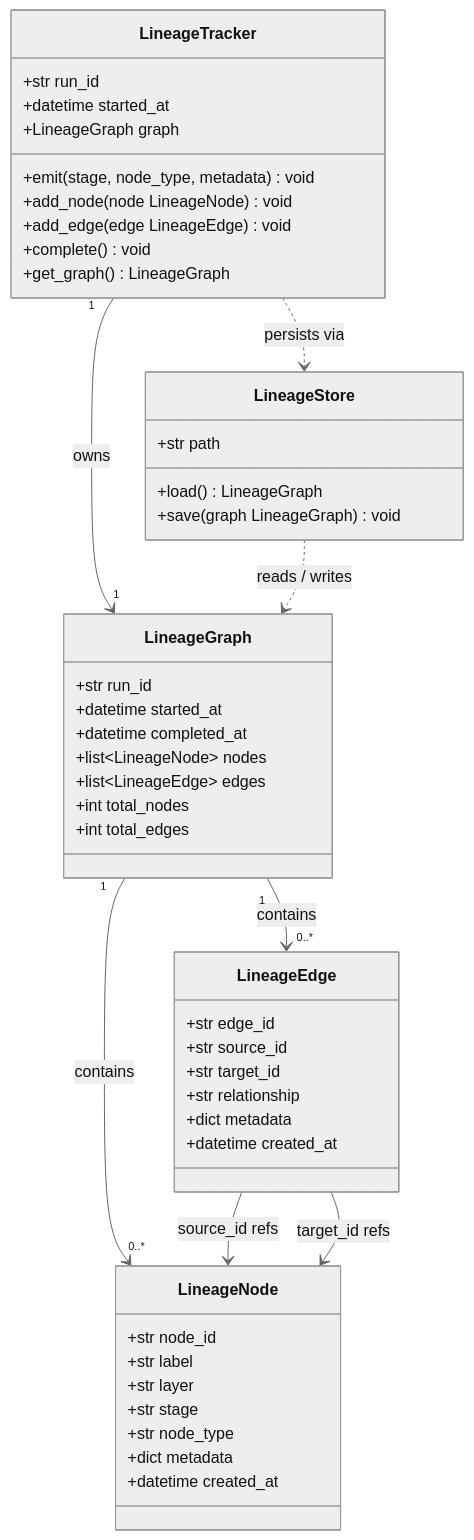
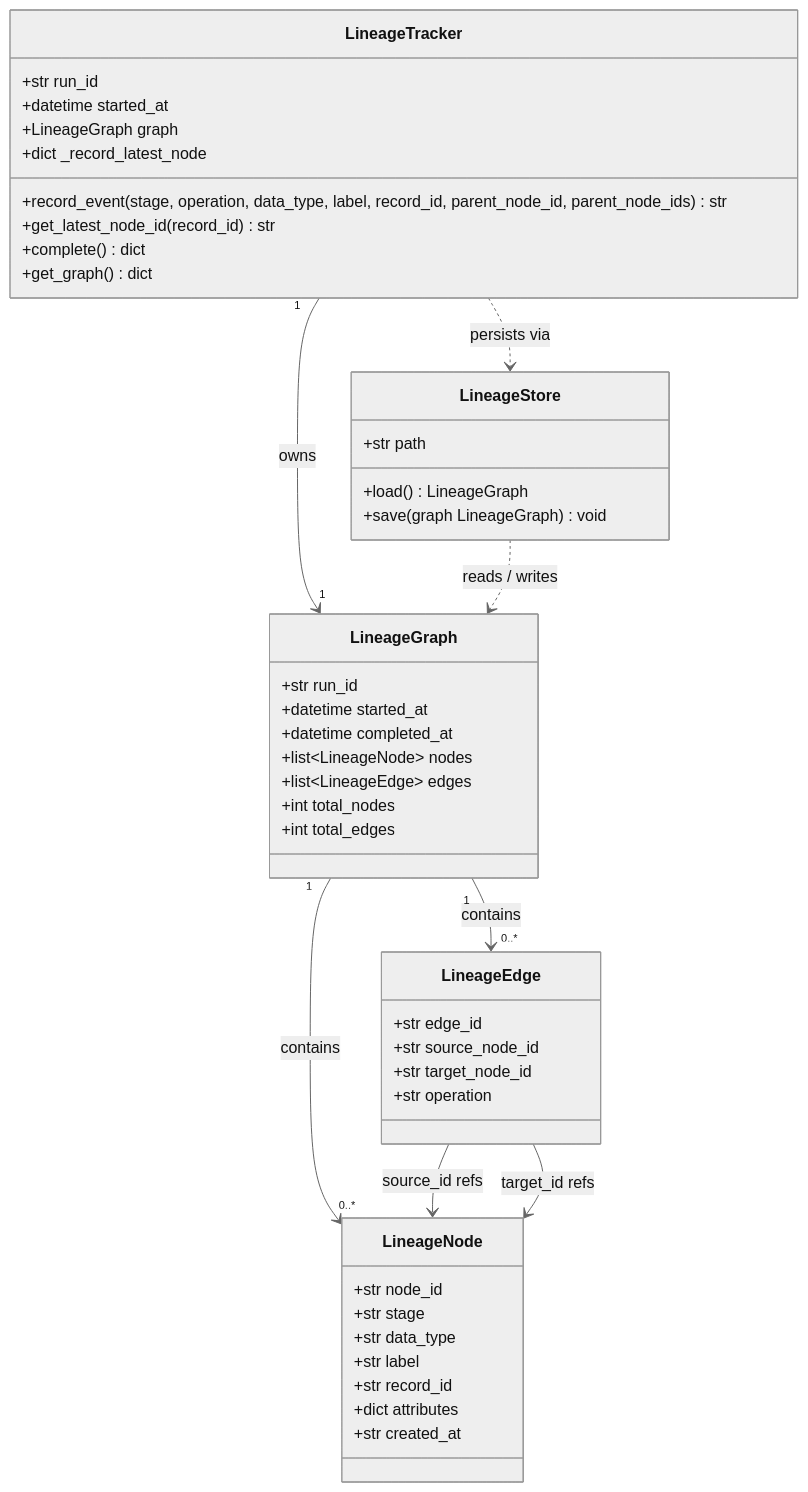
The fourth of 5 diagrams in docs/architecture_design.md (gjnzsu/DataLineageAgent), drawn with Mermaid (neutral theme) before and after one commit. The commit also changed other lines of this file and 1 other file, not shown here.

First line of the commit message:
docs: update README and architecture design for 2026-03-30 changes

````diff
--- a/docs/architecture_design.md
+++ b/docs/architecture_design.md
@@ -246,56 +246,54 @@
 ```mermaid
 classDiagram
     class LineageTracker {
         +str run_id
         +datetime started_at
         +LineageGraph graph
-        +emit(stage, node_type, metadata) void
-        +add_node(node LineageNode) void
-        +add_edge(edge LineageEdge) void
-        +complete() void
-        +get_graph() LineageGraph
+        +dict _record_latest_node
+        +record_event(stage, operation, data_type, label, record_id, parent_node_id, parent_node_ids) str
+        +get_latest_node_id(record_id) str
+        +complete() dict
+        +get_graph() dict
     }
 
     class LineageGraph {
         +str run_id
         +datetime started_at
         +datetime completed_at
         +list~LineageNode~ nodes
         +list~LineageEdge~ edges
         +int total_nodes
         +int total_edges
     }
 
     class LineageNode {
         +str node_id
+        +str stage
+        +str data_type
         +str label
-        +str layer
-        +str stage
-        +str node_type
-        +dict metadata
-        +datetime created_at
+        +str record_id
+        +dict attributes
+        +str created_at
     }
 
     class LineageEdge {
         +str edge_id
-        +str source_id
-        +str target_id
-        +str relationship
-        +dict metadata
-        +datetime created_at
+        +str source_node_id
+        +str target_node_id
+        +str operation
     }
 
     class LineageStore {
         +str path
         +load() LineageGraph
         +save(graph LineageGraph) void
     }
 
     LineageTracker "1" --> "1" LineageGraph : owns
     LineageGraph "1" --> "0..*" LineageNode : contains
     LineageGraph "1" --> "0..*" LineageEdge : contains
     LineageEdge --> LineageNode : source_id refs
     LineageEdge --> LineageNode : target_id refs
     LineageStore ..> LineageGraph : reads / writes
     LineageTracker ..> LineageStore : persists via
 ```
````
